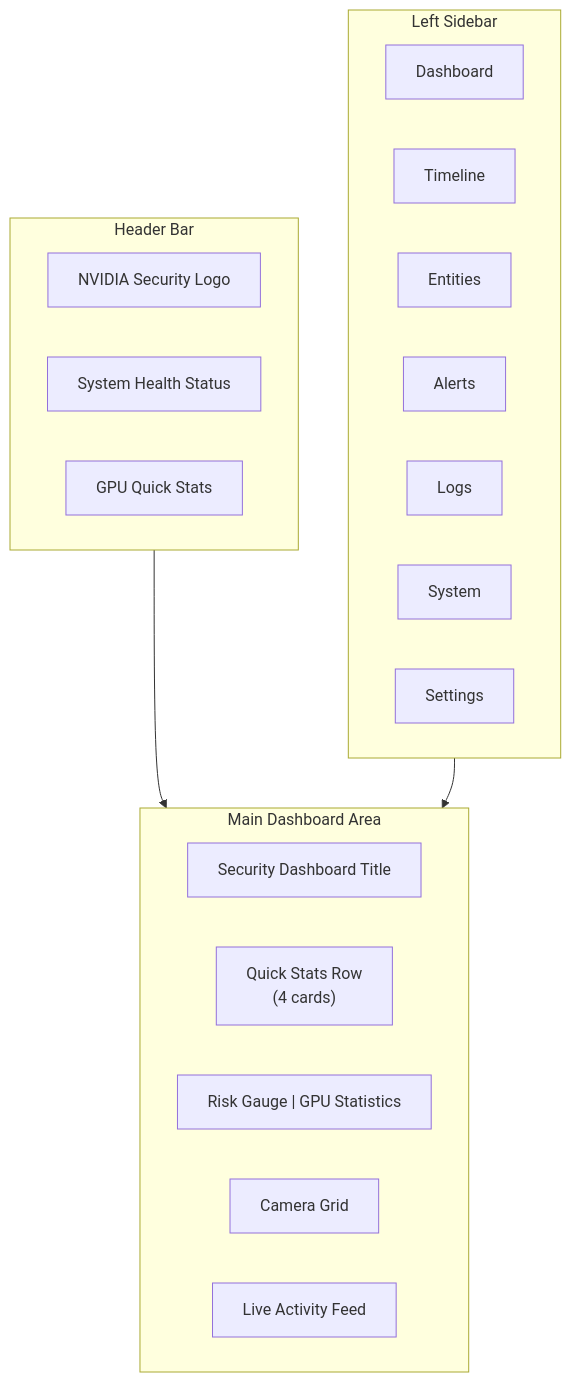
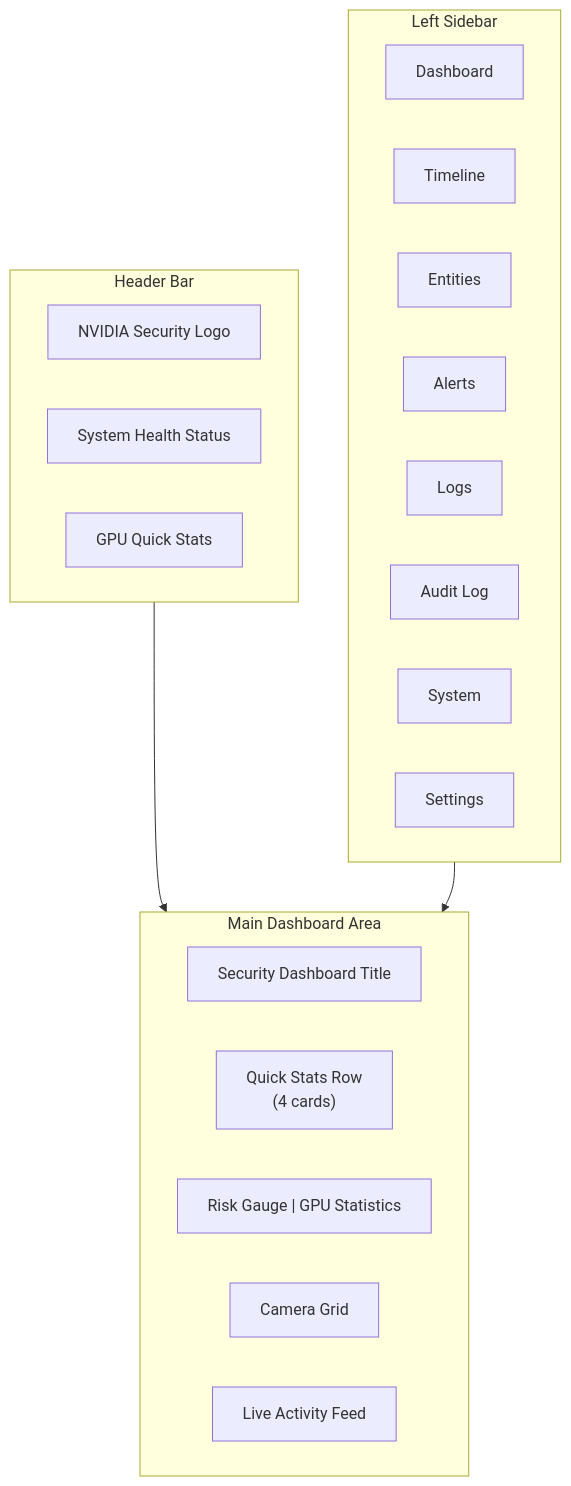
The first of 3 diagrams in docs/user-guide/using-the-dashboard.md (mikesvoboda/nemotron-v3-home-security-intelligence), drawn with Mermaid before and after one commit. The commit also changed other lines of this file and 24 other files, not shown here.

````diff
--- a/docs/user-guide/using-the-dashboard.md
+++ b/docs/user-guide/using-the-dashboard.md
@@ -51,29 +51,30 @@
 ```mermaid
 graph TB
     subgraph Header["Header Bar"]
         Logo["NVIDIA Security Logo"]
         Health["System Health Status"]
         GPU["GPU Quick Stats"]
     end
 
     subgraph Sidebar["Left Sidebar"]
         Nav1["Dashboard"]
         Nav2["Timeline"]
         Nav3["Entities"]
         Nav4["Alerts"]
         Nav5["Logs"]
-        Nav6["System"]
-        Nav7["Settings"]
+        Nav6["Audit Log"]
+        Nav7["System"]
+        Nav8["Settings"]
     end
 
     subgraph MainContent["Main Dashboard Area"]
         Title["Security Dashboard Title"]
         Stats["Quick Stats Row<br/>(4 cards)"]
         TopRow["Risk Gauge | GPU Statistics"]
         CamGrid["Camera Grid"]
         Activity["Live Activity Feed"]
     end
 
     Header --> MainContent
     Sidebar --> MainContent
 ```
````
